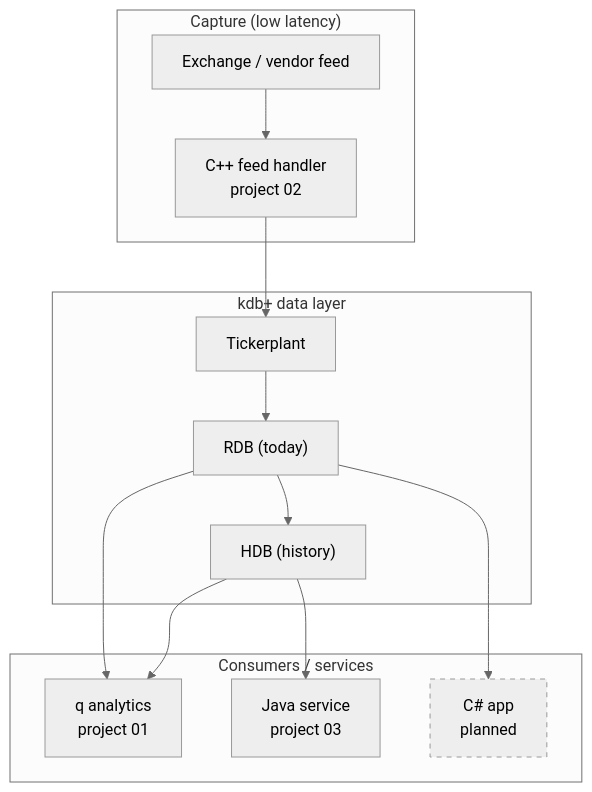
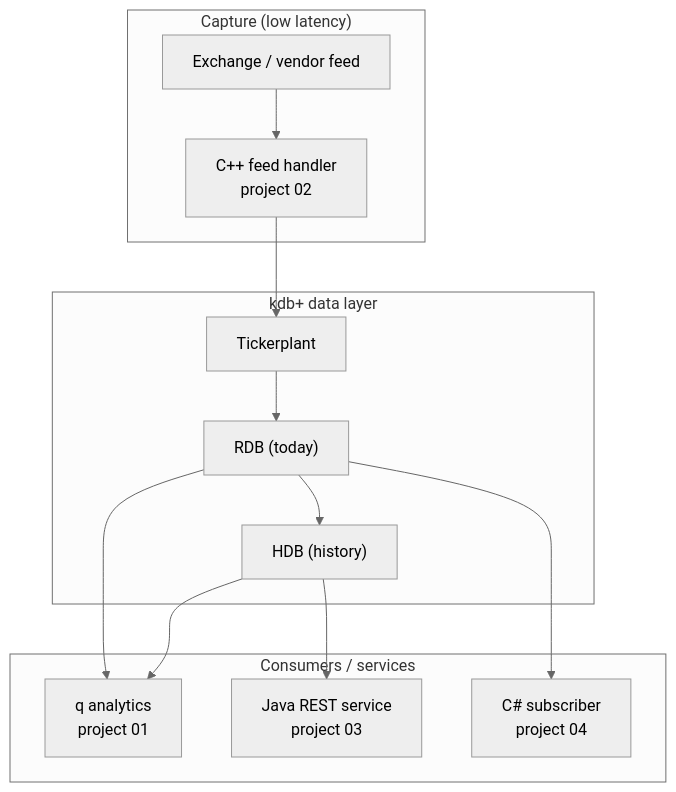
Before and after one commit to koatedevopskpai/kdb-portfolio: the first of 2 diagrams in docs/architecture.md, drawn with Mermaid (neutral theme). The commit also changed other lines of this file and 6 other files, not shown here.

Commit message:
docs(04): add README, architecture and ADRs; update portfolio index

````diff
--- a/docs/architecture.md
+++ b/docs/architecture.md
@@ -13,29 +13,26 @@
 ```mermaid
 flowchart TB
     subgraph Capture["Capture (low latency)"]
         EXCH["Exchange / vendor feed"]
         FH["C++ feed handler\nproject 02"]
         EXCH --> FH
     end
 
     subgraph KDB["kdb+ data layer"]
         TP["Tickerplant"]
         RDB["RDB (today)"]
         HDB["HDB (history)"]
         FH --> TP --> RDB
         RDB --> HDB
     end
 
     subgraph Consume["Consumers / services"]
         Q["q analytics\nproject 01"]
-        J["Java service\nproject 03"]
-        C["C# app\nplanned"]
+        J["Java REST service\nproject 03"]
+        C["C# subscriber\nproject 04"]
     end
     RDB --> Q
     HDB --> Q
     HDB --> J
     RDB --> C
-
-    classDef planned stroke-dasharray: 5 5
-    class C planned
 ```
````
